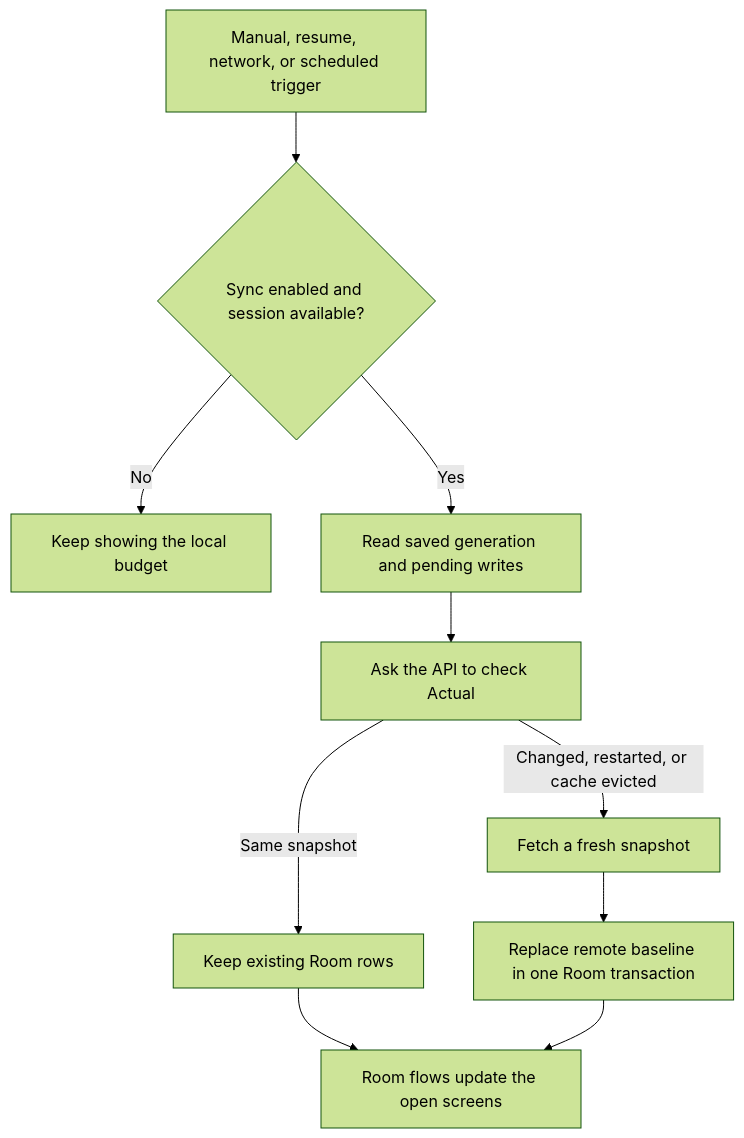
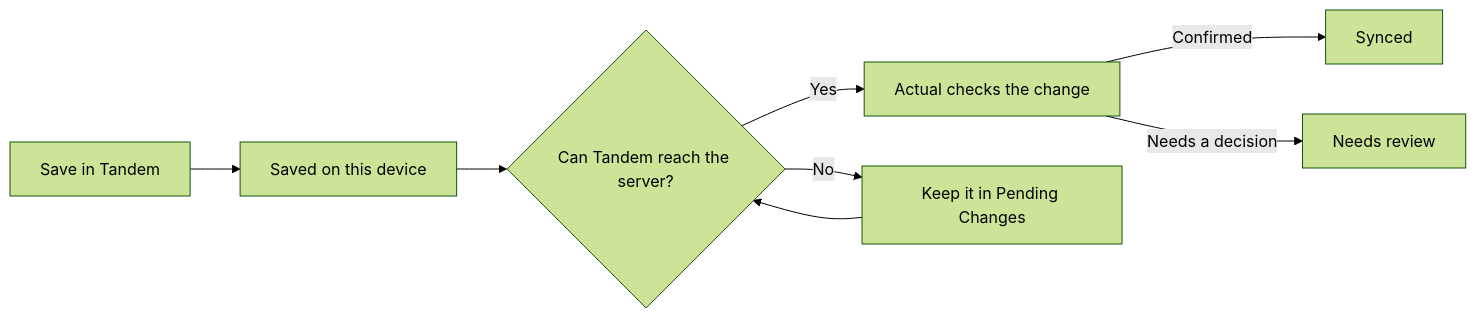
Before and after one commit to Nischay-Pro/tandem: the diagram in docs/using/offline-sync-and-conflicts.md, drawn with Mermaid (forest theme). The commit also changed other lines of this file and 19 other files, not shown here.

````diff
--- a/docs/using/offline-sync-and-conflicts.md
+++ b/docs/using/offline-sync-and-conflicts.md
@@ -81,12 +13,10 @@
 ```mermaid
-flowchart TD
-  Trigger[Manual, resume, network, or scheduled trigger] --> Ready{Sync enabled and session available?}
-  Ready -->|No| Cache[Keep showing the local budget]
-  Ready -->|Yes| Cursor[Read saved generation and pending writes]
-  Cursor --> Refresh[Ask the API to check Actual]
-  Refresh -->|Same snapshot| NoChange[Keep existing Room rows]
-  Refresh -->|Changed, restarted, or cache evicted| Snapshot[Fetch a fresh snapshot]
-  Snapshot --> Apply[Replace remote baseline in one Room transaction]
-  NoChange --> UI[Room flows update the open screens]
-  Apply --> UI
+flowchart LR
+  A[Save in Tandem] --> B[Saved on this device]
+  B --> C{Can Tandem reach the server?}
+  C -->|Yes| D[Actual checks the change]
+  C -->|No| E[Keep it in Pending Changes]
+  D -->|Confirmed| F[Synced]
+  D -->|Needs a decision| G[Needs review]
+  E --> C
 ```
````
